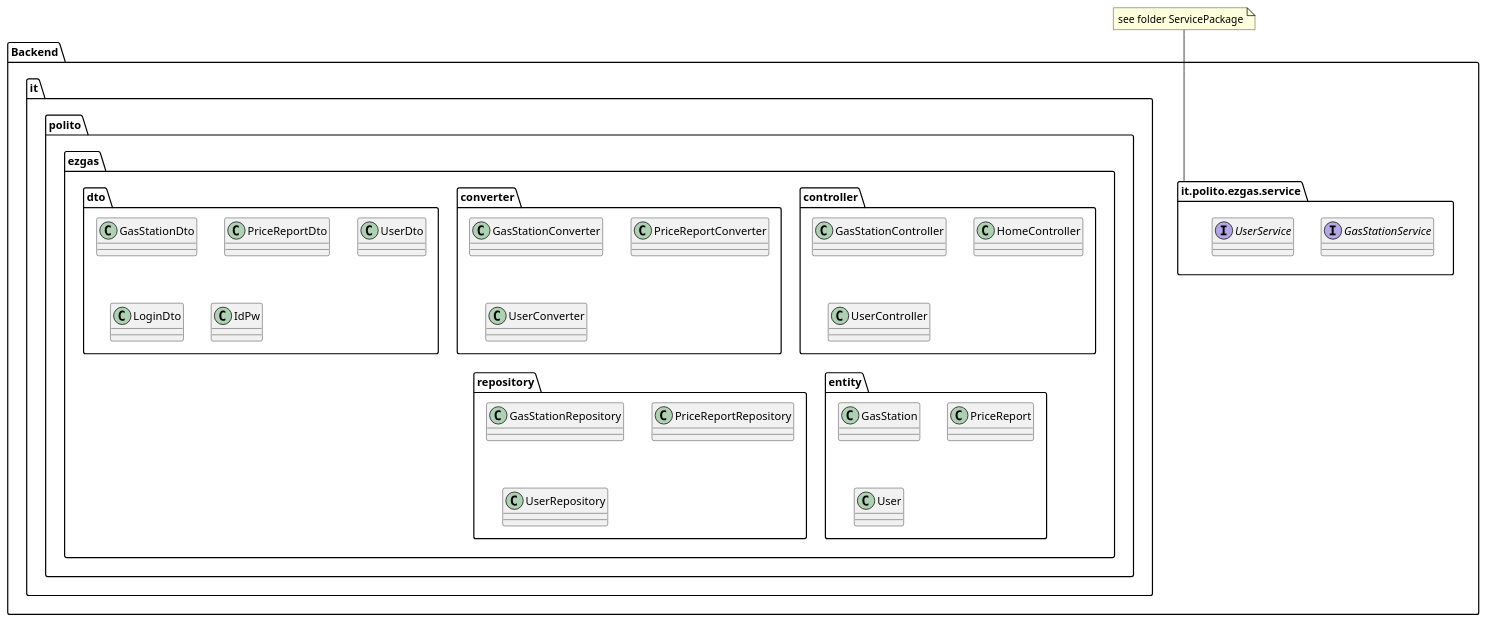
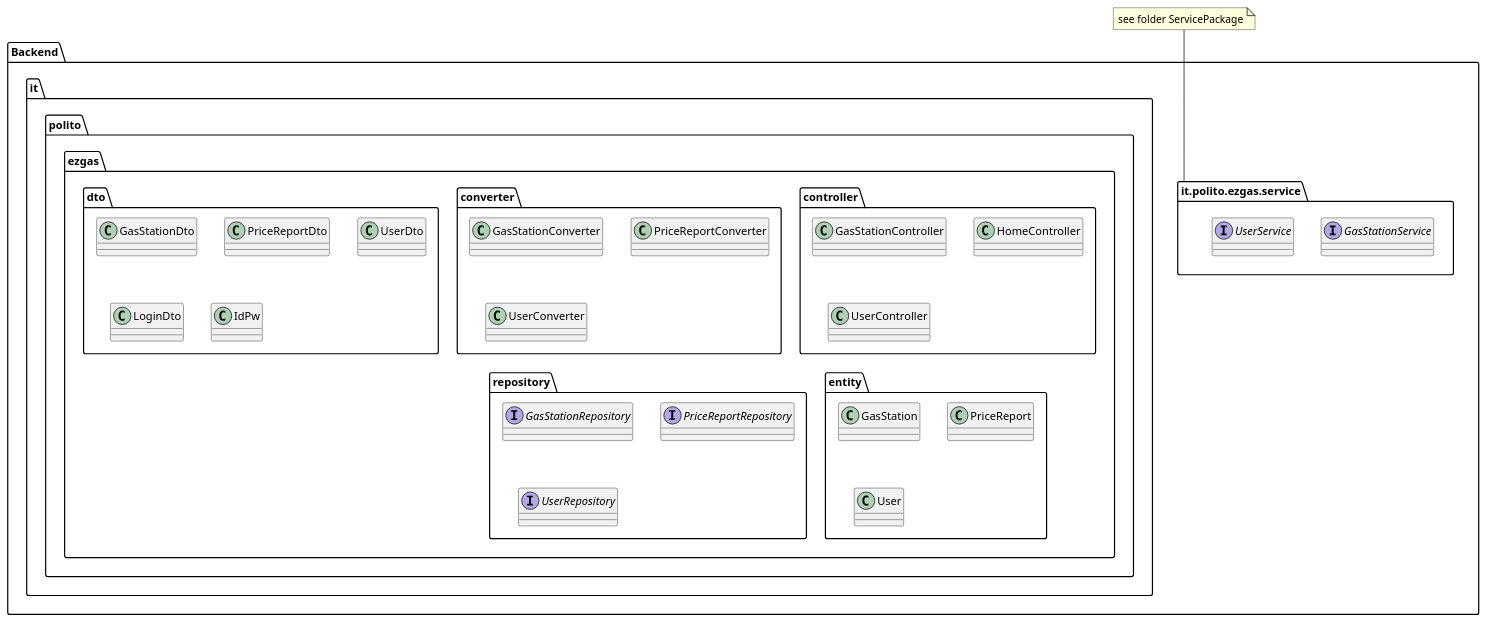
The third of 10 diagrams in docs/DesignDocument.md (s269731/Ezgas-SE1), drawn with PlantUML before and after one commit. The commit also changed other lines of this file, not shown here.

Commit message:
docs:Modified DesignDocument by fixing repository package and adding verification traceability matrix

````diff
--- a/docs/DesignDocument.md
+++ b/docs/DesignDocument.md
@@ -107,47 +107,47 @@
 ```plantuml
 @startuml
 package "Backend" {
 
 package "it.polito.ezgas.service"  as ps {
     interface "GasStationService"
     interface "UserService"
 } 
 
 
 package "it.polito.ezgas.controller" {
     class "GasStationController"
     class "HomeController"
     class "UserController"
 }
 
 package "it.polito.ezgas.converter" {
     class "GasStationConverter"
     class "PriceReportConverter"
     class "UserConverter"
 }
 
 package "it.polito.ezgas.dto" {
     class "GasStationDto"
     class "PriceReportDto"
     class "UserDto"
     class "LoginDto"
     class "IdPw"
 }
 
 package "it.polito.ezgas.entity" {
     class "GasStation"
     class "PriceReport"
     class "User"
 }
 
 package "it.polito.ezgas.repository" {
-    class "GasStationRepository"
-    class "PriceReportRepository"
-    class "UserRepository"
+    interface "GasStationRepository"
+    interface "PriceReportRepository"
+    interface "UserRepository"
 }
 
     
 }
 note "see folder ServicePackage" as n
 n -- ps
 ```
````
